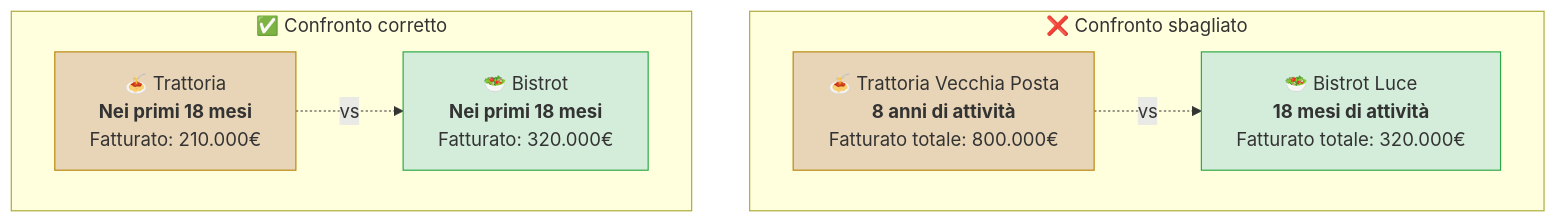
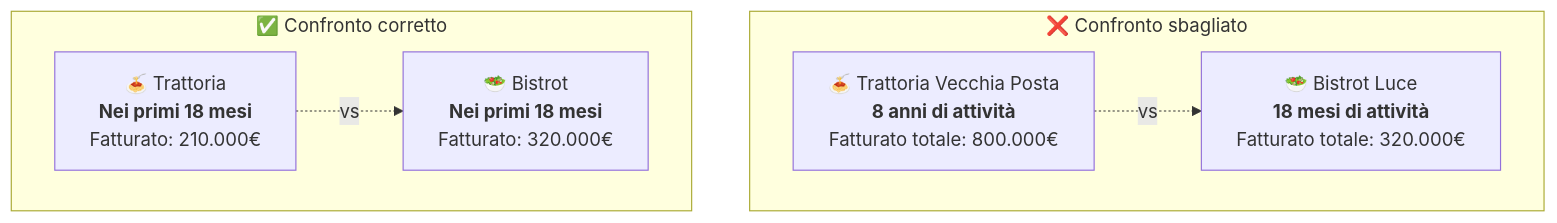
Before and after one commit to AndreyBertasini/gynnitech: the fourth of 12 diagrams in src/content/corso/analisi-prodotto/analisi-coorte.mdx, drawn with Mermaid. The commit also changed other lines of this file and 110 other files, not shown here.

First line of the commit message:
chore(content): optimize mermaid diagrams for mobile and dark theme

````diff
--- a/src/content/corso/analisi-prodotto/analisi-coorte.mdx
+++ b/src/content/corso/analisi-prodotto/analisi-coorte.mdx
@@ -99,13 +91,9 @@
 ```mermaid
-graph TD
+flowchart TD
     subgraph "❌ Confronto sbagliato"
         A1["🍝 Trattoria Vecchia Posta<br/><b>8 anni di attività</b><br/>Fatturato totale: 800.000€"] -.->|"vs"| A2["🥗 Bistrot Luce<br/><b>18 mesi di attività</b><br/>Fatturato totale: 320.000€"]
     end
     subgraph "✅ Confronto corretto"
         B1["🍝 Trattoria<br/><b>Nei primi 18 mesi</b><br/>Fatturato: 210.000€"] -.->|"vs"| B2["🥗 Bistrot<br/><b>Nei primi 18 mesi</b><br/>Fatturato: 320.000€"]
     end
-    style A1 fill:#e8d5b7,stroke:#b8860b,color:#333
-    style A2 fill:#d4edda,stroke:#28a745,color:#333
-    style B1 fill:#e8d5b7,stroke:#b8860b,color:#333
-    style B2 fill:#d4edda,stroke:#28a745,color:#333
 ```
````
